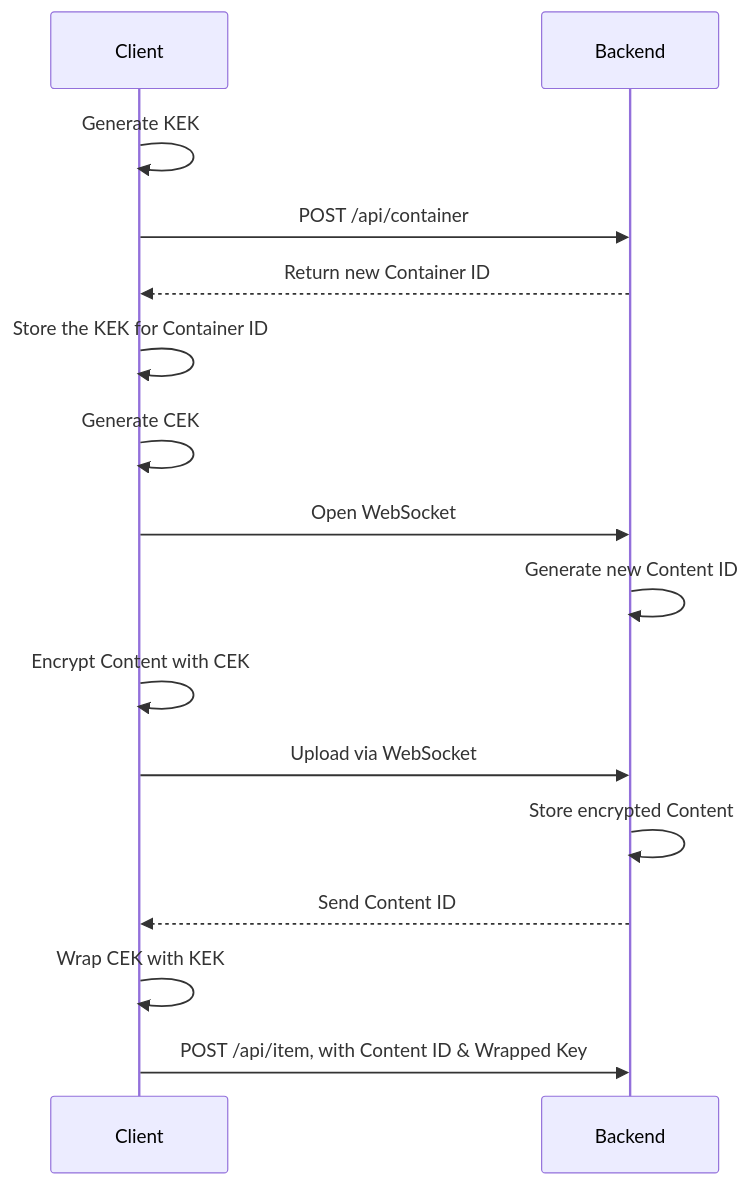
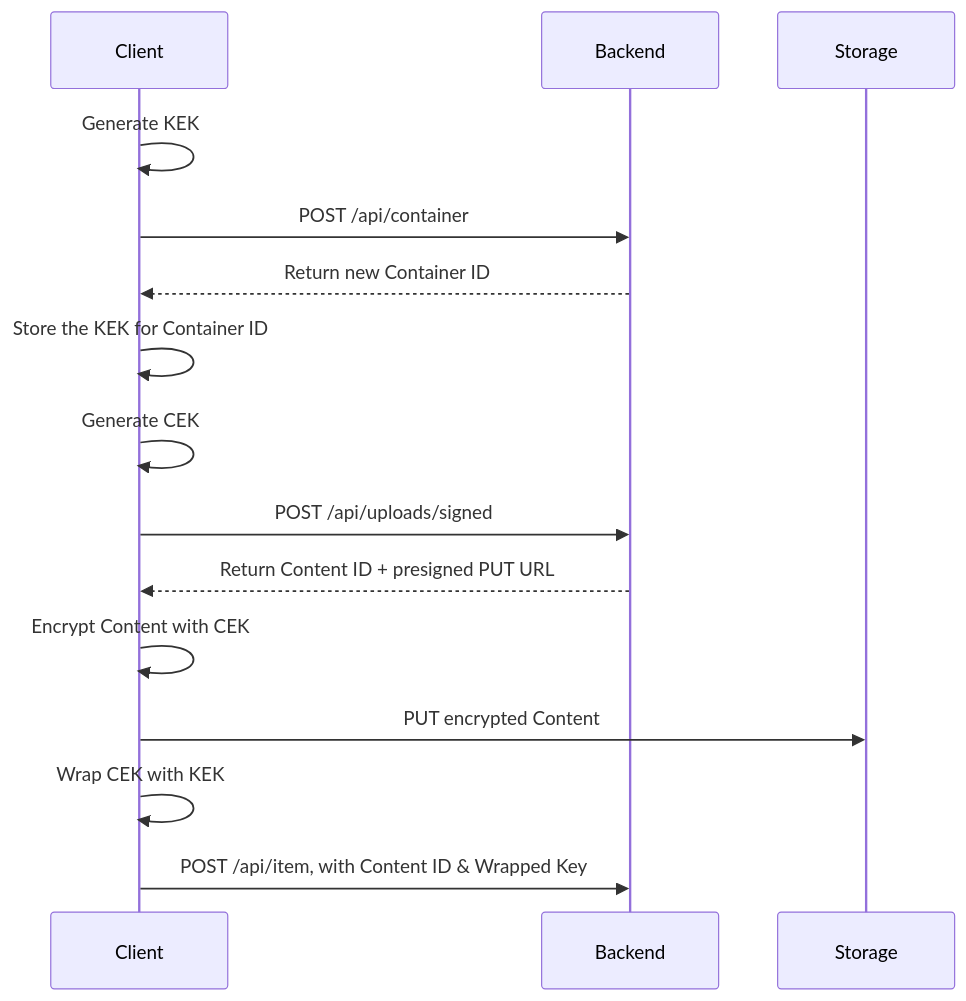
Before and after one commit to thunderbird/tbpro-add-on: the second of 4 diagrams in packages/send/docs/EngDesignDoc.md, drawn with Mermaid. The commit also changed other lines of this file and 57 other files, not shown here.

````diff
--- a/packages/send/docs/EngDesignDoc.md
+++ b/packages/send/docs/EngDesignDoc.md
@@ -142,16 +142,14 @@
 ```mermaid
 sequenceDiagram
 Client ->> Client: Generate KEK
 Client ->> Backend: POST /api/container
 Backend -->> Client: Return new Container ID
 Client ->> Client: Store the KEK for Container ID
 Client ->> Client: Generate CEK
-Client ->> Backend: Open WebSocket
-Backend ->> Backend: Generate new Content ID
+Client ->> Backend: POST /api/uploads/signed
+Backend -->> Client: Return Content ID + presigned PUT URL
 Client ->> Client: Encrypt Content with CEK
-Client ->> Backend: Upload via WebSocket
-Backend ->> Backend: Store encrypted Content
-Backend -->> Client: Send Content ID
+Client ->> Storage: PUT encrypted Content
 Client ->> Client: Wrap CEK with KEK
 Client ->> Backend: POST /api/item, with Content ID & Wrapped Key
 ```
````
